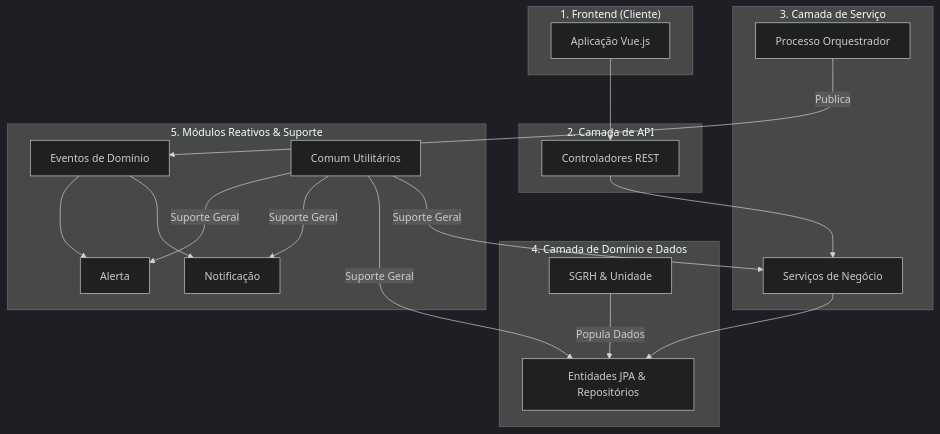
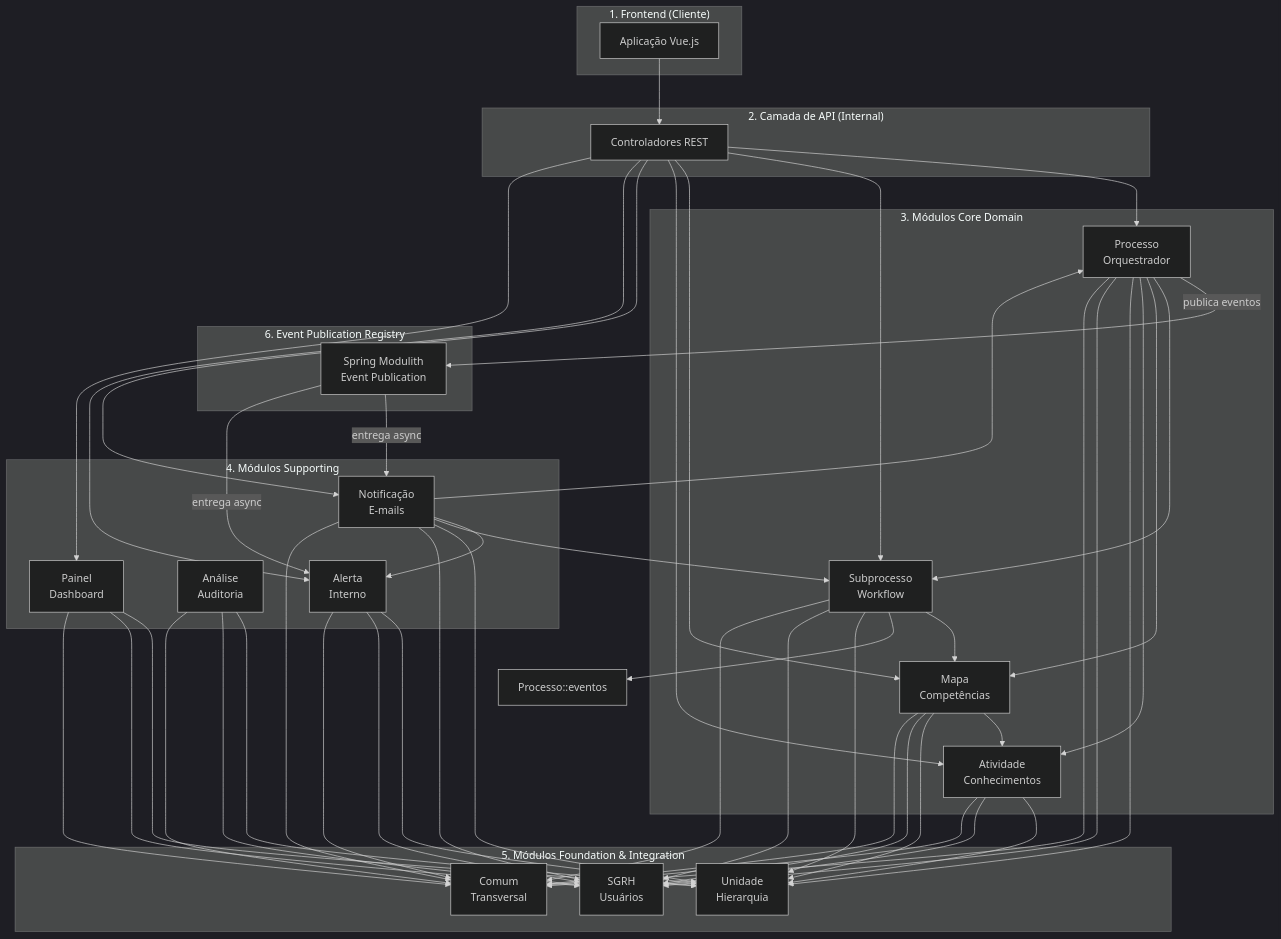
One commit to lgalvao/sgc changed the diagram in backend/README.md. Above: the diagram before and after it, drawn with Mermaid (dark theme). The commit also changed other lines of this file and 1 other file, not shown here.

Commit message:
Atualizar README raiz e backend com arquitetura Spring Modulith

````diff
--- a/backend/README.md
+++ b/backend/README.md
@@ -14,39 +38,47 @@
 ```mermaid
 graph TD
     subgraph "1. Frontend (Cliente)"
         Frontend[Aplicação Vue.js]
     end
 
-    subgraph "2. Camada de API"
+    subgraph "2. Camada de API (Internal)"
         API[Controladores REST]
     end
 
-    subgraph "3. Camada de Serviço"
-        Servico[Serviços de Negócio]
-        Processo[Processo Orquestrador]
+    subgraph "3. Módulos Core Domain"
+        Processo[Processo<br/>Orquestrador]
+        Subprocesso[Subprocesso<br/>Workflow]
+        Mapa[Mapa<br/>Competências]
+        Atividade[Atividade<br/>Conhecimentos]
     end
 
-    subgraph "4. Camada de Domínio e Dados"
-        Dominio[Entidades JPA & Repositórios]
-        IntegracaoSGRH[SGRH & Unidade]
+    subgraph "4. Módulos Supporting"
+        Notificacao[Notificação<br/>E-mails]
+        Alerta[Alerta<br/>Interno]
+        Analise[Análise<br/>Auditoria]
+        Painel[Painel<br/>Dashboard]
     end
 
-    subgraph "5. Módulos Reativos & Suporte"
-        Eventos[Eventos de Domínio]
-        Notificacao[Notificação]
-        Alerta[Alerta]
-        Comum[Comum Utilitários]
+    subgraph "5. Módulos Foundation & Integration"
+        Unidade[Unidade<br/>Hierarquia]
+        SGRH[SGRH<br/>Usuários]
+        Comum[Comum<br/>Transversal]
+    end
+
+    subgraph "6. Event Publication Registry"
+        EventBus[Spring Modulith<br/>Event Publication]
     end
 
     Frontend --> API
-    API --> Servico
-    Servico --> Dominio
+    API --> Processo & Subprocesso & Mapa & Atividade & Notificacao & Alerta & Painel
 
-    Processo -- Publica --> Eventos
-    Eventos --> Notificacao
-    Eventos --> Alerta
-
-    IntegracaoSGRH -- Popula Dados --> Dominio
-
-    Comum -- Suporte Geral --> Servico & Dominio & Notificacao & Alerta
+    Processo -- publica eventos --> EventBus
+    EventBus -- entrega async --> Notificacao & Alerta
+    
+    Processo --> Subprocesso & Mapa & Atividade
+    Subprocesso --> Mapa & Processo::eventos
+    Mapa --> Atividade
+    Notificacao --> Alerta & Processo & Subprocesso
+    
+    Processo & Subprocesso & Mapa & Atividade & Notificacao & Alerta & Analise & Painel --> Unidade & SGRH & Comum
 ```
````
